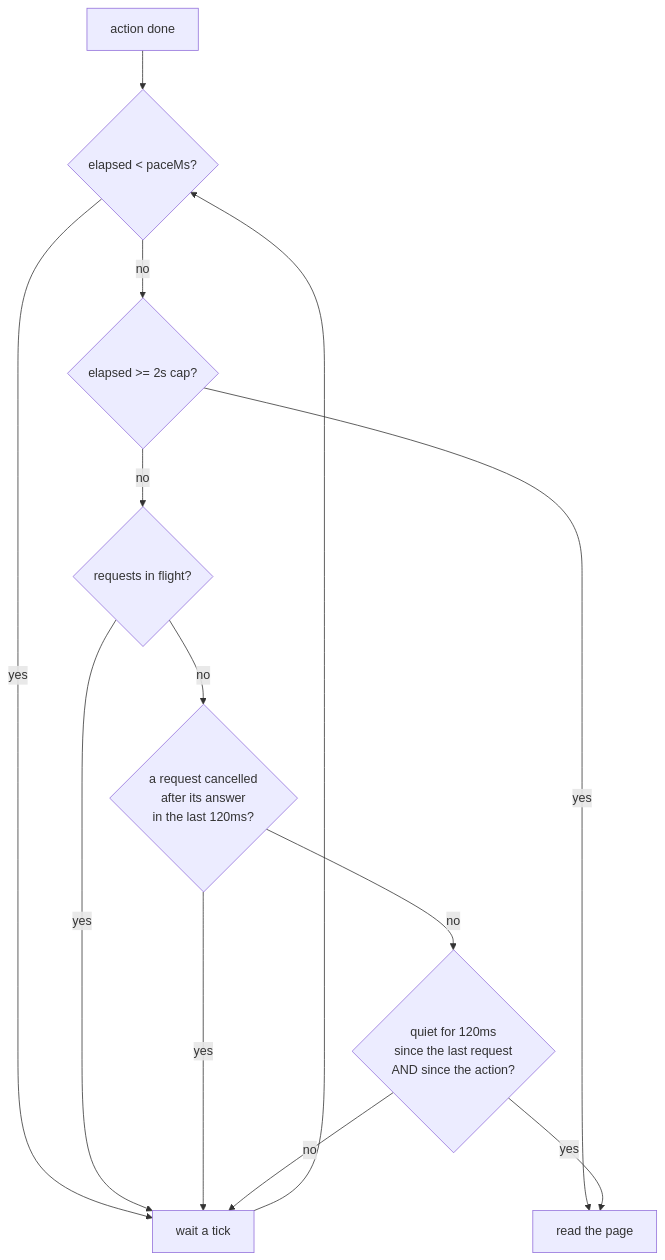
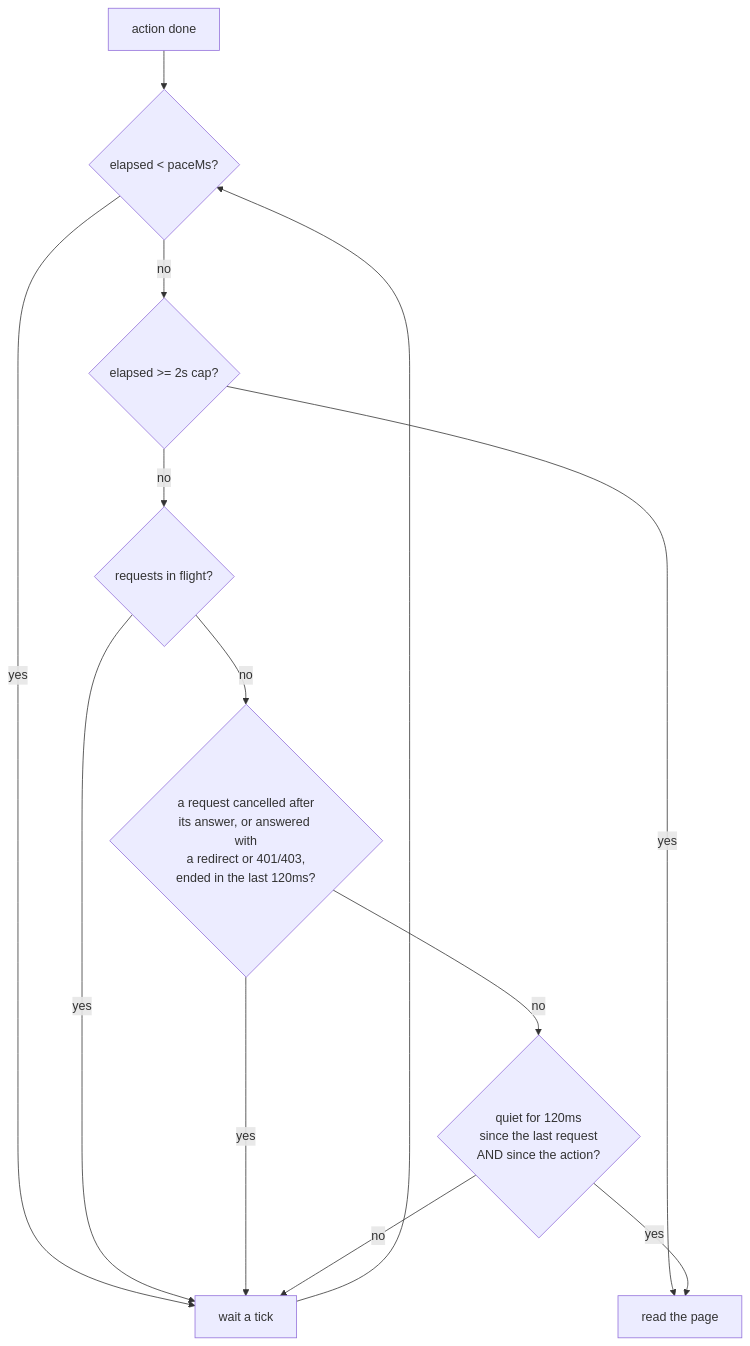
One commit to brunoboto96/SceneScout changed the third of 9 diagrams in docs/how-it-works.md. Above: the diagram before and after it, drawn with Mermaid. The commit also changed other lines of this file and 7 other files, not shown here.

First line of the commit message:
Settle: keep the quiet window after any answered request ends, not only a cancelled one (#689)

````diff
--- a/docs/how-it-works.md
+++ b/docs/how-it-works.md
@@ -90,15 +90,15 @@
 ```mermaid
 flowchart TD
     A[action done] --> B{elapsed < paceMs?}
     B -->|yes| W[wait a tick]
     B -->|no| C{elapsed >= 2s cap?}
     C -->|yes| R[read the page]
     C -->|no| D{requests in flight?}
     D -->|yes| W
-    D -->|no| X{a request cancelled<br/>after its answer<br/>in the last 120ms?}
+    D -->|no| X{a request cancelled after<br/>its answer, or answered with<br/>a redirect or 401/403,<br/>ended in the last 120ms?}
     X -->|yes| W
     X -->|no| E{quiet for 120ms<br/>since the last request<br/>AND since the action?}
     E -->|no| W
     E -->|yes| R
     W --> B
 ```
````
